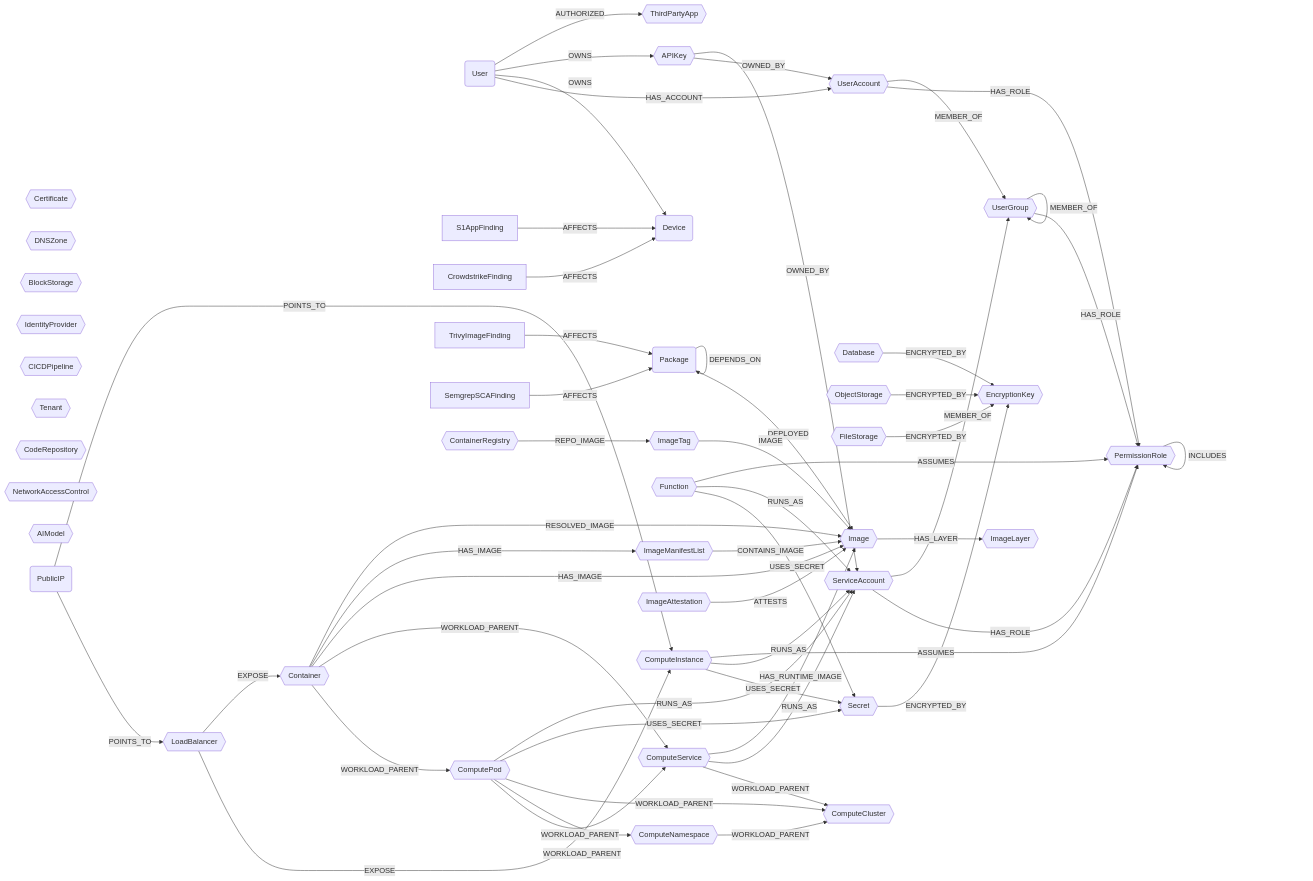
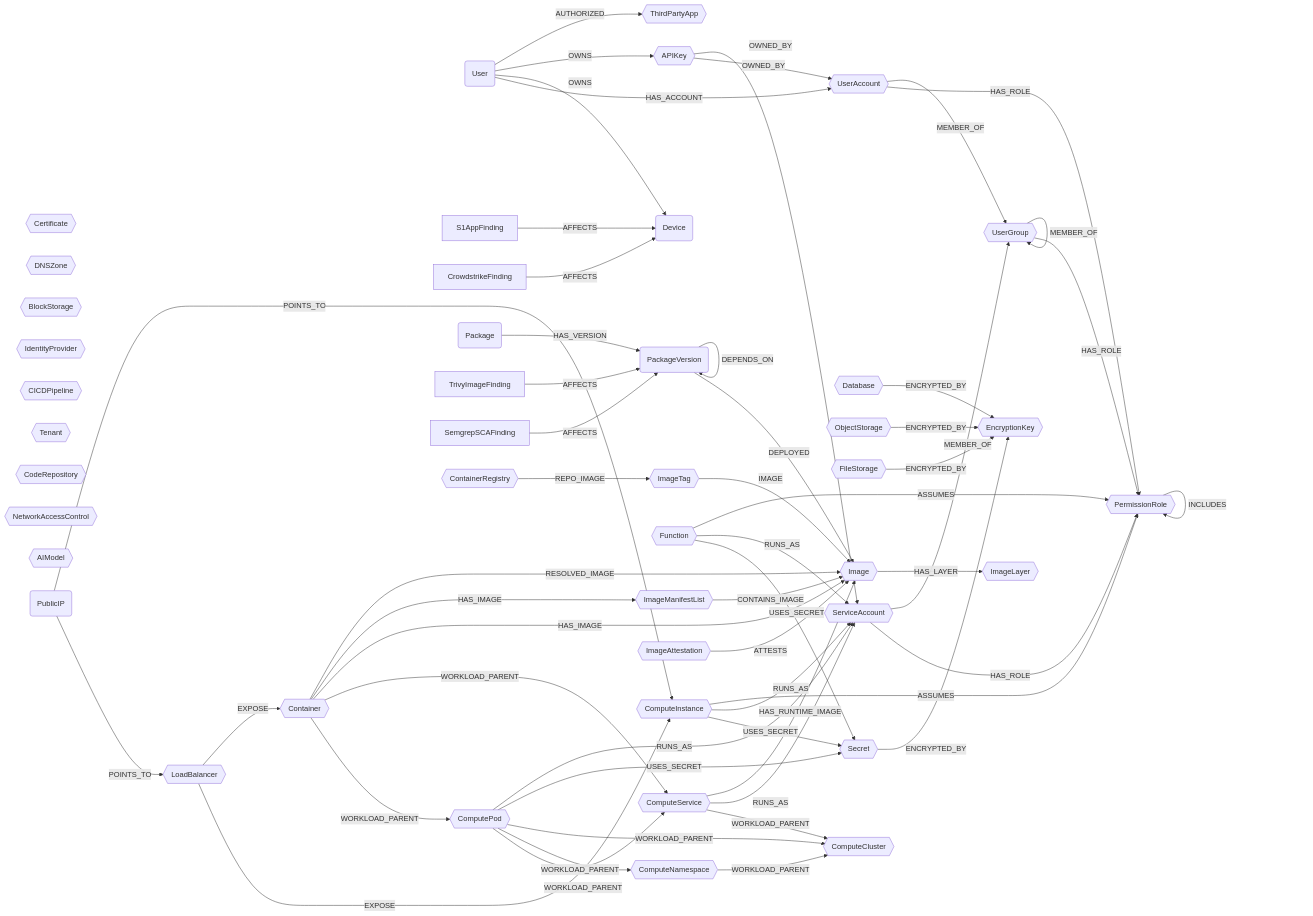
The diagram in docs/root/modules/ontology/schema.md (cartography-cncf/cartography), drawn with Mermaid before and after one commit. The commit also changed other lines of this file and 28 other files, not shown here.

First line of the commit message:
refactor(ontology): split Package into Package and PackageVersion

````diff
--- a/docs/root/modules/ontology/schema.md
+++ b/docs/root/modules/ontology/schema.md
@@ -6,78 +6,79 @@
 ```mermaid
 graph LR
 
 U(User) -- HAS_ACCOUNT --> UA{{UserAccount}}
 U -- OWNS --> CC(Device)
 SAF[S1AppFinding] -- AFFECTS --> CC
 CSF[CrowdstrikeFinding] -- AFFECTS --> CC
 U -- OWNS --> AK{{APIKey}}
 U -- AUTHORIZED --> OA{{ThirdPartyApp}}
 UG{{UserGroup}}
 SA{{ServiceAccount}}
 CERT{{Certificate}}
 LB{{LoadBalancer}} -- EXPOSE --> CI{{ComputeInstance}}
 LB{{LoadBalancer}} -- EXPOSE --> CT{{Container}}
 CL{{ComputeCluster}}
 CS{{ComputeService}}
 CNS{{ComputeNamespace}}
 CP{{ComputePod}}
 CT -- WORKLOAD_PARENT --> CP
 CT -- WORKLOAD_PARENT --> CS
 CP -- WORKLOAD_PARENT --> CS
 CP -- WORKLOAD_PARENT --> CNS
 CP -- WORKLOAD_PARENT --> CL
 CS -- WORKLOAD_PARENT --> CL
 CNS -- WORKLOAD_PARENT --> CL
 DB{{Database}}
 DZ{{DNSZone}}
 OS{{ObjectStorage}}
 FS{{FileStorage}}
 BS{{BlockStorage}}
 IDP{{IdentityProvider}}
 CICD{{CICDPipeline}}
 TN{{Tenant}}
 FN{{Function}}
 REPO{{CodeRepository}}
 SC{{Secret}}
 EK{{EncryptionKey}}
 SC -- ENCRYPTED_BY --> EK
 DB -- ENCRYPTED_BY --> EK
 OS -- ENCRYPTED_BY --> EK
 FS -- ENCRYPTED_BY --> EK
 CP -- USES_SECRET --> SC
 FN -- USES_SECRET --> SC
 CI -- USES_SECRET --> SC
 PR{{PermissionRole}}
 UA -- HAS_ROLE --> PR
 SA -- HAS_ROLE --> PR
 UG -- HAS_ROLE --> PR
 PR -- INCLUDES --> PR
 UA -- MEMBER_OF --> UG
 SA -- MEMBER_OF --> UG
 UG -- MEMBER_OF --> UG
 AK -- OWNED_BY --> UA
 AK -- OWNED_BY --> SA
 CI -- RUNS_AS --> SA
 CP -- RUNS_AS --> SA
 FN -- RUNS_AS --> SA
 CS -- RUNS_AS --> SA
 CI -- ASSUMES --> PR
 FN -- ASSUMES --> PR
 NAC{{NetworkAccessControl}}
 AIM{{AIModel}}
 PIP(PublicIP) -- POINTS_TO --> LB
 PIP -- POINTS_TO --> CI
-PKG(Package) -- DEPLOYED --> IM{{Image}}
-PKG -- DEPENDS_ON --> PKG
-F[TrivyImageFinding] -- AFFECTS --> PKG
-SCA[SemgrepSCAFinding] -- AFFECTS --> PKG
+PKG(Package) -- HAS_VERSION --> PKGV(PackageVersion)
+PKGV -- DEPLOYED --> IM{{Image}}
+PKGV -- DEPENDS_ON --> PKGV
+F[TrivyImageFinding] -- AFFECTS --> PKGV
+SCA[SemgrepSCAFinding] -- AFFECTS --> PKGV
 CR{{ContainerRegistry}} -- REPO_IMAGE --> IT{{ImageTag}}
 IT -- IMAGE --> IM
 IML{{ImageManifestList}} -- CONTAINS_IMAGE --> IM
 IA{{ImageAttestation}} -- ATTESTS --> IM
 IM -- HAS_LAYER --> IL{{ImageLayer}}
 CT -- HAS_IMAGE --> IM
 CT -- HAS_IMAGE --> IML
 CT -- RESOLVED_IMAGE --> IM
 CS -- HAS_RUNTIME_IMAGE --> IM
 ```
````
